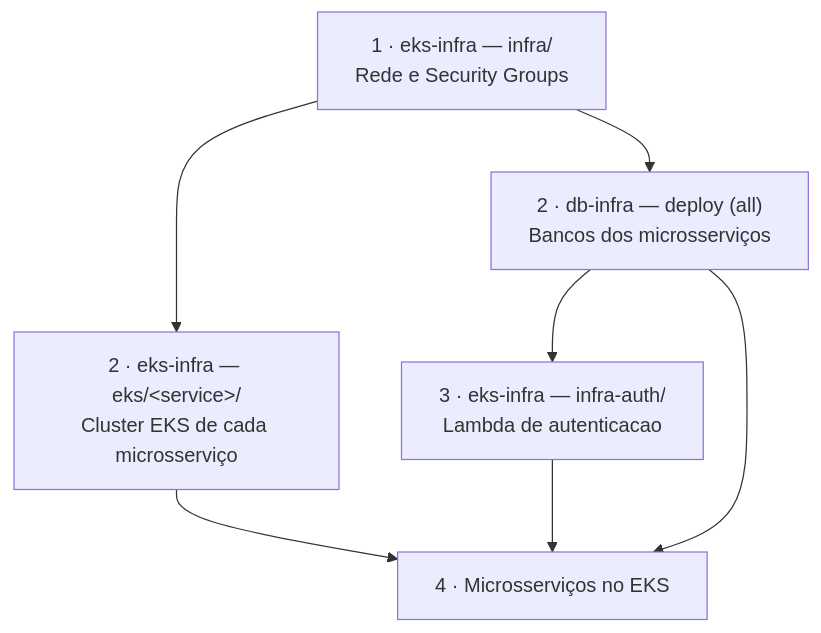
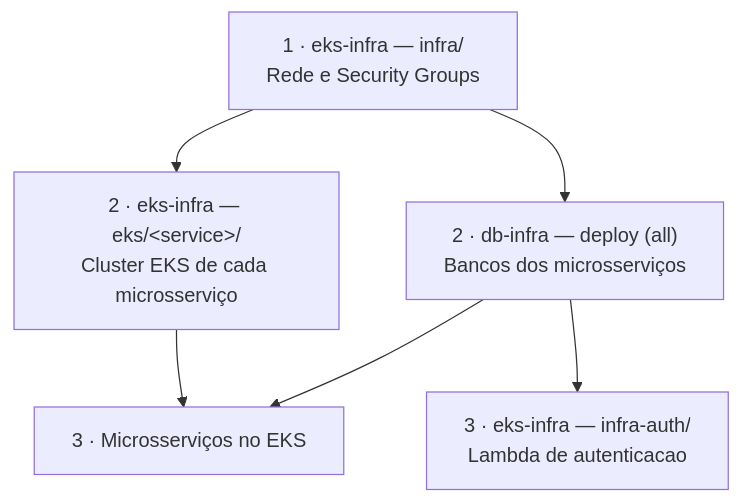
One commit to 15SOAT-FIAP/techchallenge-ofisy-db-infra changed the second of 2 diagrams in README.md. Above: the diagram before and after it, drawn with Mermaid. The commit also changed other lines of this file, not shown here.

Commit message:
docs: tirar a Lambda das dependências dos microsserviços na ordem de execução

````diff
--- a/README.md
+++ b/README.md
@@ -69,12 +69,12 @@
 ```mermaid
 flowchart TD
     P1["1 · eks-infra — infra/<br/>Rede e Security Groups"]
     P2["2 · eks-infra — eks/&lt;service&gt;/<br/>Cluster EKS de cada microsserviço"]
     P3["2 · db-infra — deploy (all)<br/>Bancos dos microsserviços"]
     P4["3 · eks-infra — infra-auth/<br/>Lambda de autenticacao"]
-    P5["4 · Microsserviços no EKS"]
+    P5["3 · Microsserviços no EKS"]
 
     P1 --> P2 --> P5
-    P1 --> P3 --> P4 --> P5
+    P1 --> P3 --> P4
     P3 --> P5
 ```
````
